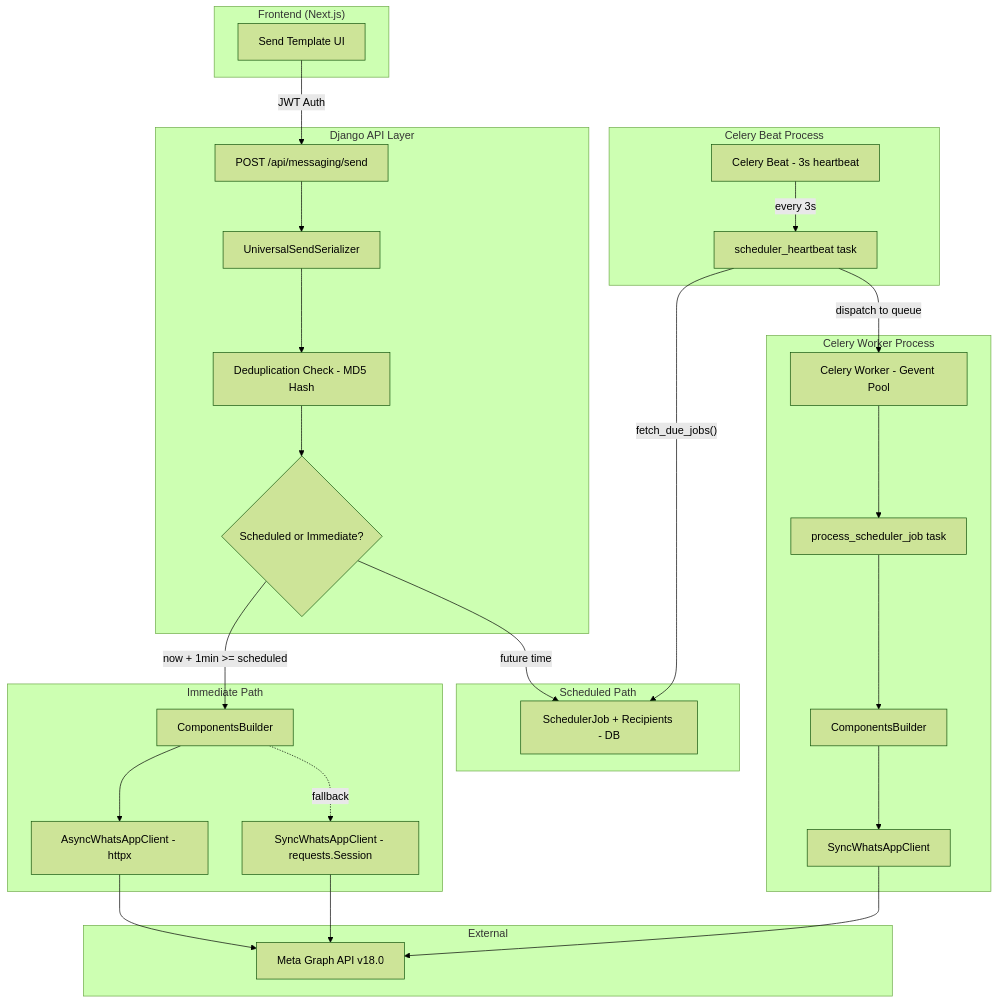
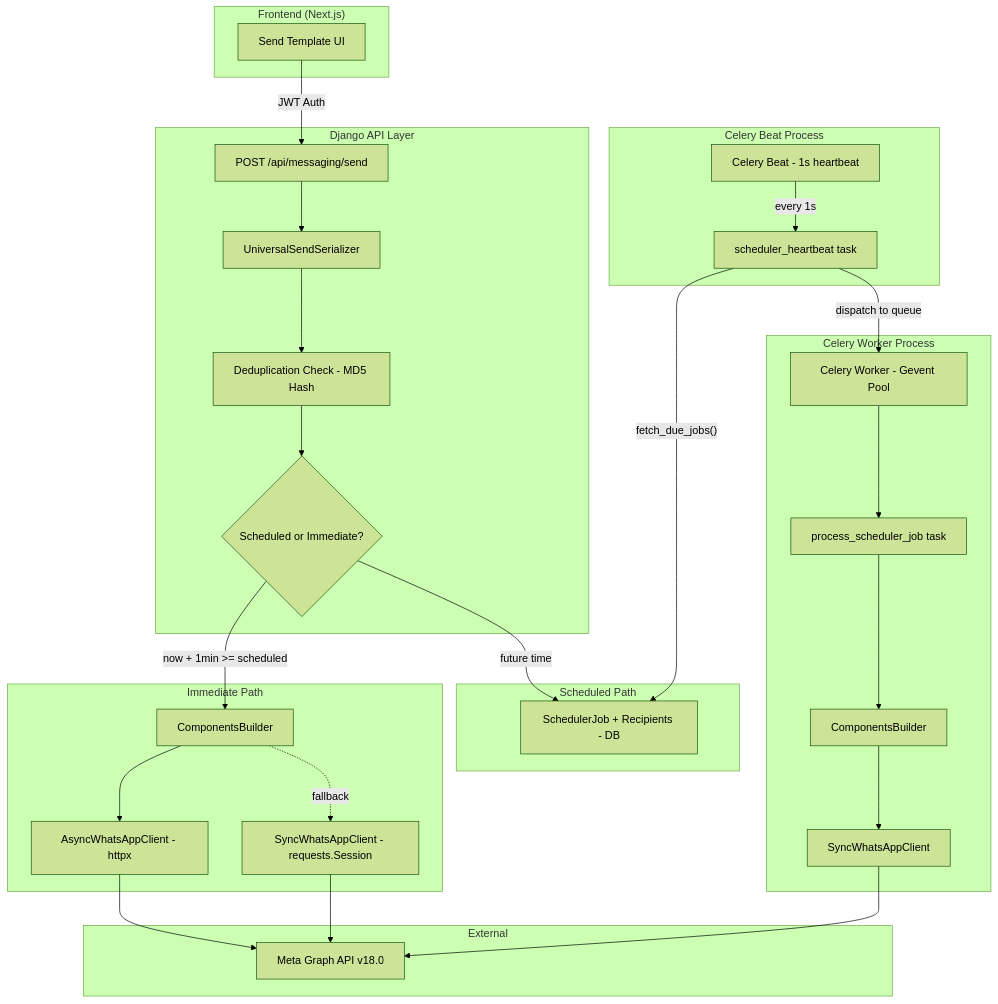
The second of 13 diagrams in whatsapp Graph Api/sending_templates_via_graph_api.md (om-ghante/easy-blogs), drawn with Mermaid (forest theme) before and after one commit. The commit also changed other lines of this file and 1 other file, not shown here.

````diff
--- a/whatsapp Graph Api/sending_templates_via_graph_api.md
+++ b/whatsapp Graph Api/sending_templates_via_graph_api.md
@@ -77,60 +77,60 @@
 ```mermaid
 flowchart TD
     subgraph "Frontend (Next.js)"
         FE[Send Template UI]
     end
 
     subgraph "Django API Layer"
         API[POST /api/messaging/send]
         SER[UniversalSendSerializer]
         DEDUP[Deduplication Check - MD5 Hash]
         TIMECHK{Scheduled or Immediate?}
     end
 
     subgraph "Immediate Path"
         ASYNC[AsyncWhatsAppClient - httpx]
         SYNC[SyncWhatsAppClient - requests.Session]
         CB1[ComponentsBuilder]
     end
 
     subgraph "Scheduled Path"
         SJOB[SchedulerJob + Recipients - DB]
     end
 
     subgraph "Celery Beat Process"
-        BEAT[Celery Beat - 3s heartbeat]
+        BEAT[Celery Beat - 1s heartbeat]
         HB[scheduler_heartbeat task]
     end
 
     subgraph "Celery Worker Process"
         WORKER[Celery Worker - Gevent Pool]
         PROC[process_scheduler_job task]
         CB2[ComponentsBuilder]
         SYNCW[SyncWhatsAppClient]
     end
 
     subgraph "External"
         META[Meta Graph API v18.0]
     end
 
     FE -->|JWT Auth| API
     API --> SER
     SER --> DEDUP
     DEDUP --> TIMECHK
 
     TIMECHK -->|"now + 1min >= scheduled"| CB1
     CB1 --> ASYNC
     CB1 -.->|fallback| SYNC
     ASYNC --> META
     SYNC --> META
 
     TIMECHK -->|"future time"| SJOB
 
-    BEAT -->|"every 3s"| HB
+    BEAT -->|"every 1s"| HB
     HB -->|"fetch_due_jobs()"| SJOB
     HB -->|"dispatch to queue"| WORKER
     WORKER --> PROC
     PROC --> CB2
     CB2 --> SYNCW
     SYNCW --> META
 ```
````
